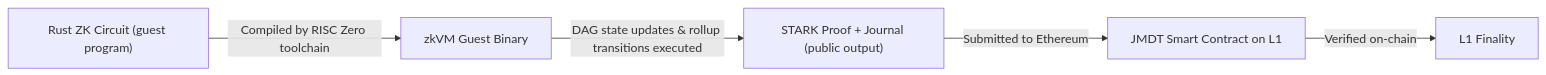
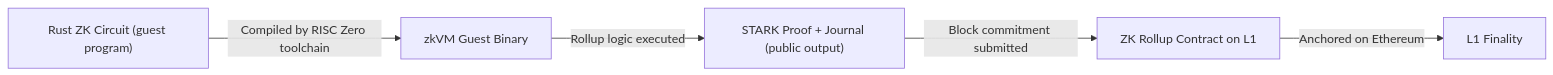
One commit to JupiterMetaLabs/docs changed the diagram in docs/zk.md. Above: the diagram before and after it, drawn with Mermaid. The commit also changed other lines of this file and 13 other files, not shown here.

````diff
--- a/docs/zk.md
+++ b/docs/zk.md
@@ -54,7 +54,7 @@
 ```mermaid
 graph LR
     A["Rust ZK Circuit (guest program)"] -->|"Compiled by RISC Zero toolchain"| B["zkVM Guest Binary"]
-    B -->|"DAG state updates & rollup transitions executed"| C["STARK Proof + Journal (public output)"]
-    C -->|"Submitted to Ethereum"| D["JMDT Smart Contract on L1"]
-    D -->|"Verified on-chain"| E["L1 Finality"]
+    B -->|"Rollup logic executed"| C["STARK Proof + Journal (public output)"]
+    C -->|"Block commitment submitted"| D["ZK Rollup Contract on L1"]
+    D -->|"Anchored on Ethereum"| E["L1 Finality"]
 ```
````
